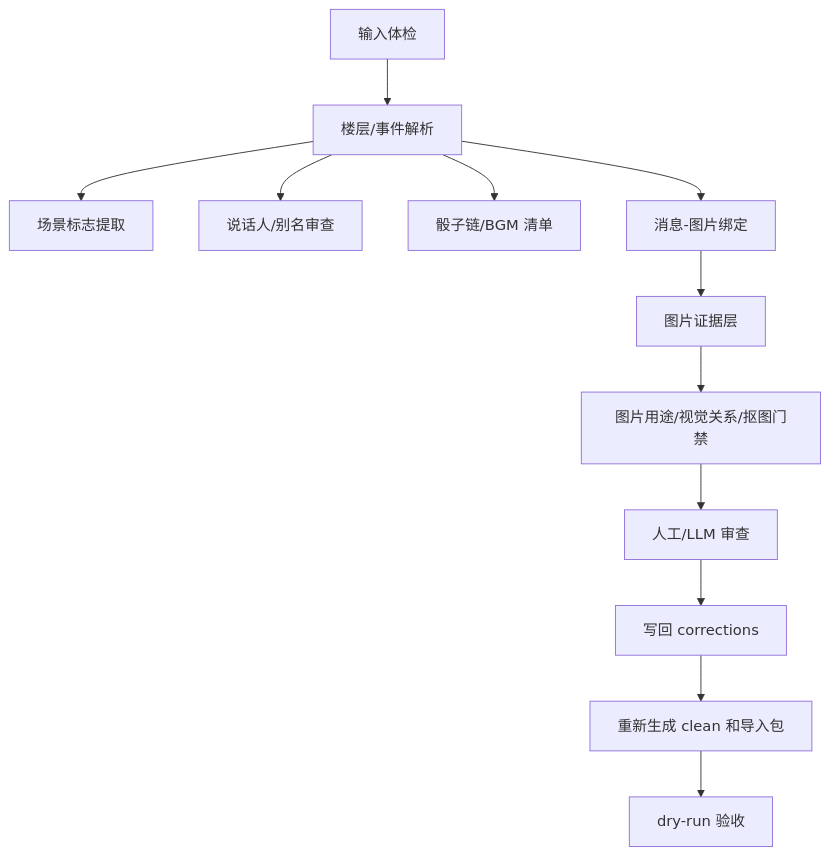
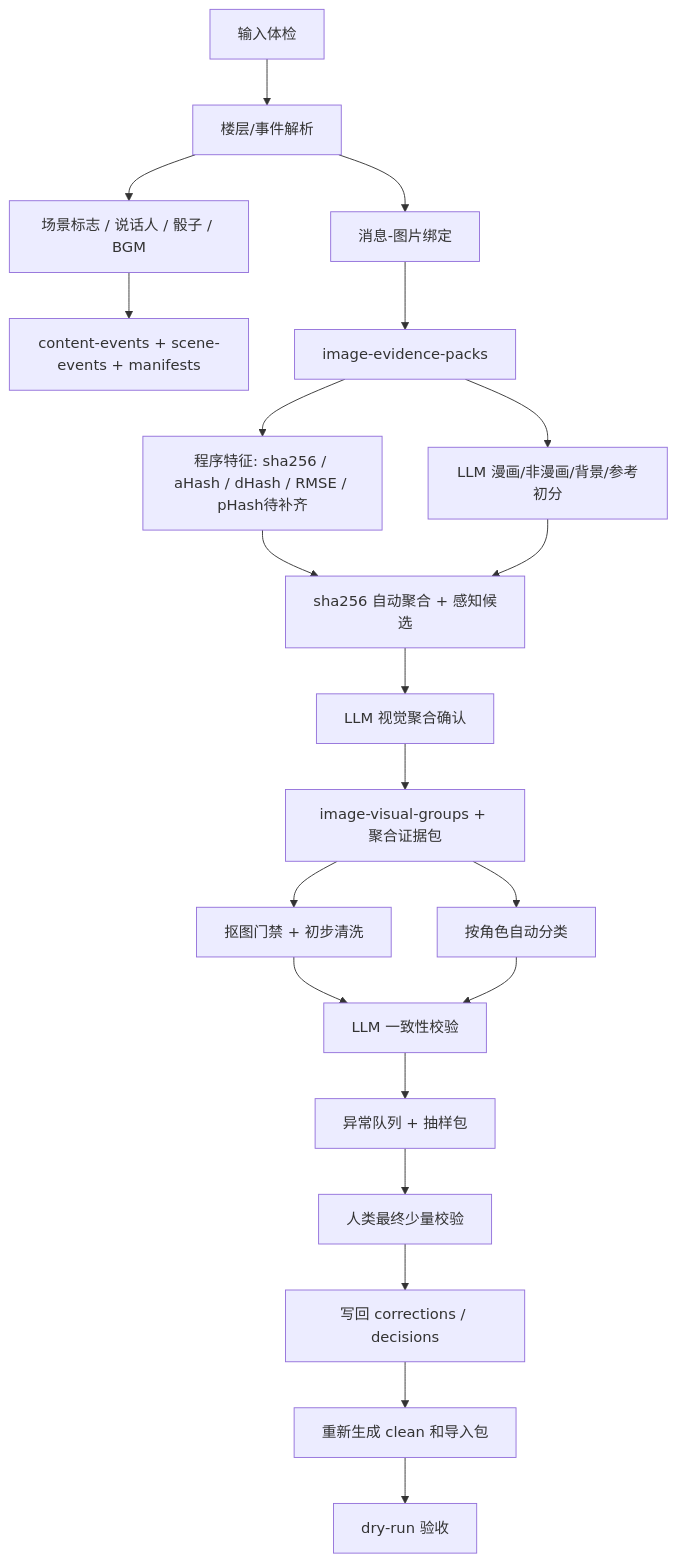
Diagram 13 of 14 in docs/reference/gululu-replay-data-cleaning-review.md (starrybamboo/tuan-chat-web), drawn with Mermaid before and after one commit. The commit also changed other lines of this file, not shown here.

````diff
--- a/docs/reference/gululu-replay-data-cleaning-review.md
+++ b/docs/reference/gululu-replay-data-cleaning-review.md
@@ -1193,14 +1495,23 @@
 ```mermaid
 flowchart TD
   A["输入体检"] --> B["楼层/事件解析"]
-  B --> C["场景标志提取"]
-  B --> D["说话人/别名审查"]
-  B --> E["骰子链/BGM 清单"]
-  B --> F["消息-图片绑定"]
-  F --> G["图片证据层"]
-  G --> H["图片用途/视觉关系/抠图门禁"]
-  H --> I["人工/LLM 审查"]
-  I --> J["写回 corrections"]
-  J --> K["重新生成 clean 和导入包"]
-  K --> L["dry-run 验收"]
+  B --> C["场景标志 / 说话人 / 骰子 / BGM"]
+  B --> D["消息-图片绑定"]
+  C --> E["content-events + scene-events + manifests"]
+  D --> F["image-evidence-packs"]
+  F --> G["程序特征: sha256 / aHash / dHash / RMSE / pHash待补齐"]
+  F --> H["LLM 漫画/非漫画/背景/参考初分"]
+  G --> I["sha256 自动聚合 + 感知候选"]
+  H --> I
+  I --> J["LLM 视觉聚合确认"]
+  J --> K["image-visual-groups + 聚合证据包"]
+  K --> L["抠图门禁 + 初步清洗"]
+  K --> M["按角色自动分类"]
+  L --> N["LLM 一致性校验"]
+  M --> N
+  N --> O["异常队列 + 抽样包"]
+  O --> P["人类最终少量校验"]
+  P --> Q["写回 corrections / decisions"]
+  Q --> R["重新生成 clean 和导入包"]
+  R --> S["dry-run 验收"]
 ```
````
